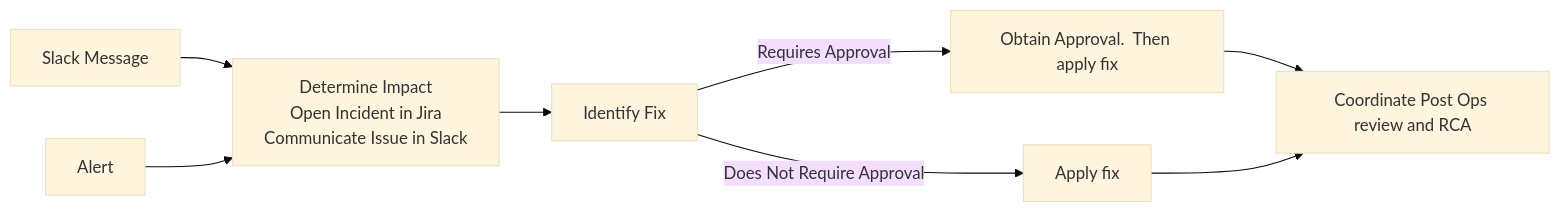
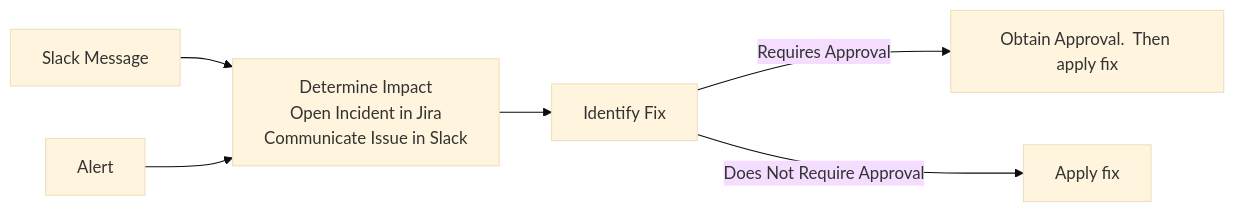
Before and after one commit to lsst-dm/dmtn-316: the second of 3 diagrams in index.md, drawn with Mermaid (base theme). The commit also changed other lines of this file, not shown here.

````diff
--- a/index.md
+++ b/index.md
@@ -203,13 +214,10 @@
 ```mermaid
 flowchart LR;
     A[Slack Message]-->C[Determine Impact];
     B[Alert]-->C["`Determine Impact
     Open Incident in Jira
     Communicate Issue in Slack`"];
     C --> D[Identify Fix];
     D -- Requires Approval --> E[Obtain Approval.  Then apply fix];
     D -- Does Not Require Approval --> F[Apply fix];
-    E --> G[Coordinate Post Ops review and RCA];
-    F --> G[Coordinate Post Ops review and RCA];
-    
 ```
````
